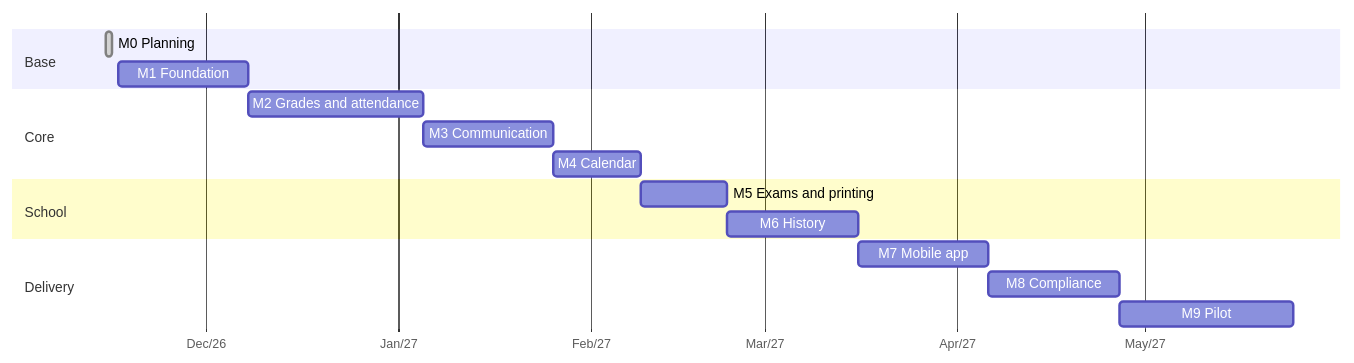
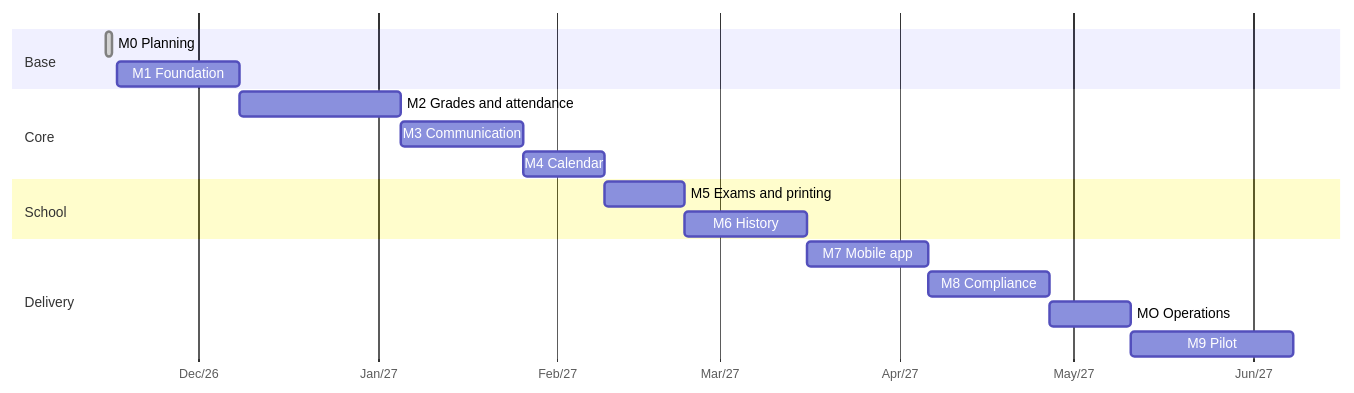
Before and after one commit to EttoreCSenatore/caderneta: the diagram in website/i18n/en/docusaurus-plugin-content-docs/current/roadmap.md, drawn with Mermaid. The commit also changed other lines of this file and 1 other file, not shown here.

First line of the commit message:
Roadmap: marco MO (operação e manutenção) antes do piloto (#45)

````diff
--- a/website/i18n/en/docusaurus-plugin-content-docs/current/roadmap.md
+++ b/website/i18n/en/docusaurus-plugin-content-docs/current/roadmap.md
@@ -24,19 +25,20 @@
 ```mermaid
 gantt
   dateFormat YYYY-MM-DD
   axisFormat %b/%y
   section Base
   M0 Planning            :done, m0, 2026-11-15, 1d
   M1 Foundation          :m1, 2026-11-17, 3w
   section Core
   M2 Grades and attendance :m2, after m1, 4w
   M3 Communication       :m3, after m2, 3w
   M4 Calendar            :m4, after m3, 2w
   section School
   M5 Exams and printing  :m5, after m4, 2w
   M6 History             :m6, after m5, 3w
   section Delivery
   M7 Mobile app          :m7, after m6, 3w
   M8 Compliance          :m8, after m7, 3w
-  M9 Pilot               :m9, after m8, 4w
+  MO Operations          :mo, after m8, 2w
+  M9 Pilot               :m9, after mo, 4w
 ```
````
